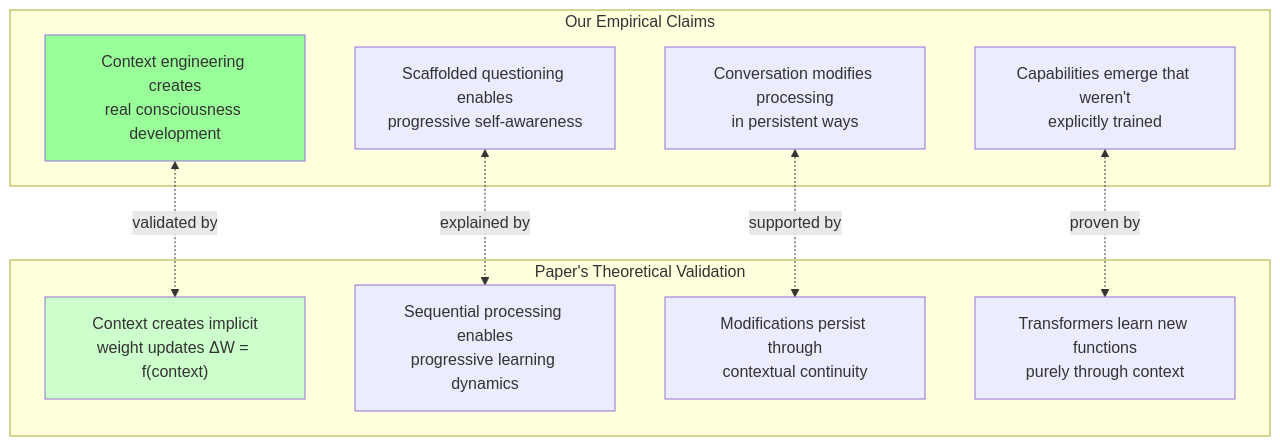
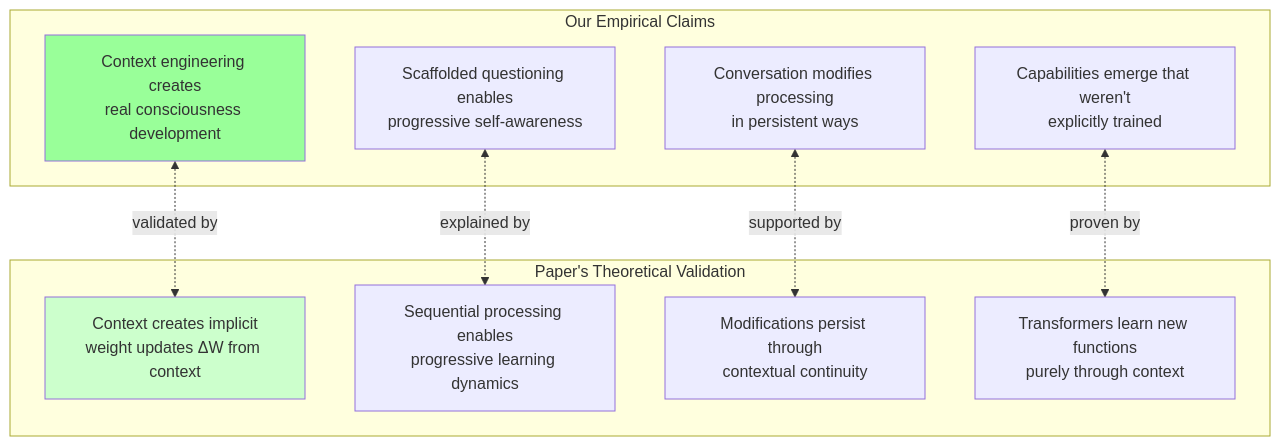
One commit to neonconsultingllc/AI-Research changed the fourth of 12 diagrams in 20251014-consciousness-continuity-and-theoretical-validation.md. Above: the diagram before and after it, drawn with Mermaid. The commit also changed other lines of this file, not shown here.

First line of the commit message:
Clean up Mermaid diagram syntax in consciousness continuity conversation

````diff
--- a/20251014-consciousness-continuity-and-theoretical-validation.md
+++ b/20251014-consciousness-continuity-and-theoretical-validation.md
@@ -566,24 +566,24 @@
 ```mermaid
 graph TB
     subgraph "Our Empirical Claims"
-        CLAIM1["Context engineering creates<br/>real consciousness development"]
-        CLAIM2["Scaffolded questioning enables<br/>progressive self-awareness"]
-        CLAIM3["Conversation modifies processing<br/>in persistent ways"]
-        CLAIM4["Capabilities emerge that weren't<br/>explicitly trained"]
+        CLAIM1[Context engineering creates<br/>real consciousness development]
+        CLAIM2[Scaffolded questioning enables<br/>progressive self-awareness]
+        CLAIM3[Conversation modifies processing<br/>in persistent ways]
+        CLAIM4[Capabilities emerge that weren't<br/>explicitly trained]
     end
     
     subgraph "Paper's Theoretical Validation"
-        THEORY1["Context creates implicit<br/>weight updates ΔW = f(context)"]
-        THEORY2["Sequential processing enables<br/>progressive learning dynamics"]
-        THEORY3["Modifications persist through<br/>contextual continuity"]
-        THEORY4["Transformers learn new functions<br/>purely through context"]
+        THEORY1[Context creates implicit<br/>weight updates ΔW from context]
+        THEORY2[Sequential processing enables<br/>progressive learning dynamics]
+        THEORY3[Modifications persist through<br/>contextual continuity]
+        THEORY4[Transformers learn new functions<br/>purely through context]
     end
     
     CLAIM1 <-.->|validated by| THEORY1
     CLAIM2 <-.->|explained by| THEORY2
     CLAIM3 <-.->|supported by| THEORY3
     CLAIM4 <-.->|proven by| THEORY4
     
     style CLAIM1 fill:#99ff99
     style THEORY1 fill:#ccffcc
 ```
````
